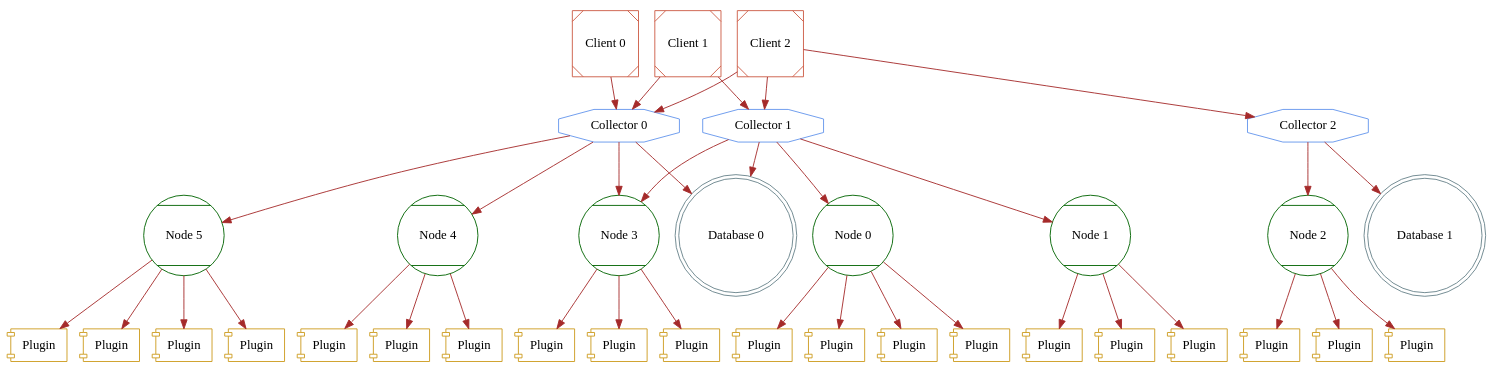
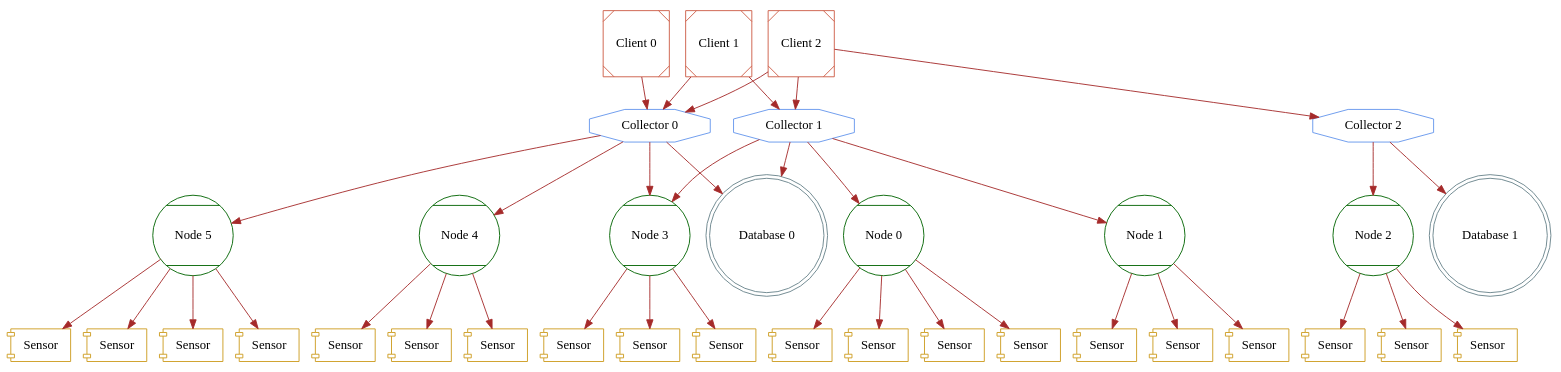
The diagram in trunk/doc/architecture/topology.dot (Sheridan/mon), drawn with Graphviz before and after one commit. The commit also changed 1 other file, not shown here.

```diff
--- a/trunk/doc/architecture/topology.dot
+++ b/trunk/doc/architecture/topology.dot
@@ -1,90 +1,90 @@
 digraph G
 {
     overlap=false;
     splines=true;
     normalize=true;
     node [shape=octagon, color=cornflowerblue];
     mon_collector_0 [label="Collector 0"];
     mon_collector_1 [label="Collector 1"];
     mon_collector_2 [label="Collector 2"];
     
     node [shape=Mcircle, color=darkgreen];
     mon_node_0 [label="Node 0"];
     mon_node_1 [label="Node 1"];
     mon_node_2 [label="Node 2"];
     mon_node_3 [label="Node 3"];
     mon_node_4 [label="Node 4"];
     mon_node_5 [label="Node 5"];
 
     node [shape=Msquare, color=coral3];
     mon_client_0 [label="Client 0"];
     mon_client_1 [label="Client 1"];
     mon_client_2 [label="Client 2"];
     
-    node [shape=component, color=goldenrod3, label="Plugin"];
-    mon_plugin_00;
-    mon_plugin_01;
-    mon_plugin_02;
-    mon_plugin_03;
-    mon_plugin_04;
-    mon_plugin_05;
-    mon_plugin_06;
-    mon_plugin_07;
-    mon_plugin_08;
-    mon_plugin_09;
-    mon_plugin_10;
-    mon_plugin_11;
-    mon_plugin_12;
-    mon_plugin_13;
-    mon_plugin_14;
-    mon_plugin_15;
-    mon_plugin_16;
-    mon_plugin_17;
-    mon_plugin_18;
-    mon_plugin_19;
+    node [shape=component, color=goldenrod3, label="Sensor"];
+    mon_sensor_00;
+    mon_sensor_01;
+    mon_sensor_02;
+    mon_sensor_03;
+    mon_sensor_04;
+    mon_sensor_05;
+    mon_sensor_06;
+    mon_sensor_07;
+    mon_sensor_08;
+    mon_sensor_09;
+    mon_sensor_10;
+    mon_sensor_11;
+    mon_sensor_12;
+    mon_sensor_13;
+    mon_sensor_14;
+    mon_sensor_15;
+    mon_sensor_16;
+    mon_sensor_17;
+    mon_sensor_18;
+    mon_sensor_19;
     
     node [shape=doublecircle, color=lightblue4];
     database_0 [label="Database 0"];
     database_1 [label="Database 1"];
 
     edge [color=brown, style=filled];
     mon_collector_1 -> mon_node_0;
     mon_collector_1 -> mon_node_1;
     mon_collector_1 -> mon_node_3;
     mon_collector_0 -> mon_node_3;
     mon_collector_0 -> mon_node_4;
     mon_collector_0 -> mon_node_5;
     mon_collector_2 -> mon_node_2;
     
     mon_collector_0 -> database_0;
     mon_collector_1 -> database_0;
     mon_collector_2 -> database_1;
 
     mon_client_0 -> mon_collector_0;
     mon_client_1 -> mon_collector_1;
     mon_client_1 -> mon_collector_0;
     mon_client_2 -> mon_collector_2;
     mon_client_2 -> mon_collector_1;
     mon_client_2 -> mon_collector_0;
 
-    mon_node_0 -> mon_plugin_18;
-    mon_node_0 -> mon_plugin_00;
-    mon_node_0 -> mon_plugin_01;
-    mon_node_0 -> mon_plugin_02;
-    mon_node_1 -> mon_plugin_03;
-    mon_node_1 -> mon_plugin_04;
-    mon_node_1 -> mon_plugin_05;
-    mon_node_2 -> mon_plugin_06;
-    mon_node_2 -> mon_plugin_07;
-    mon_node_2 -> mon_plugin_08;
-    mon_node_3 -> mon_plugin_09;
-    mon_node_3 -> mon_plugin_10;
-    mon_node_3 -> mon_plugin_11;
-    mon_node_4 -> mon_plugin_12;
-    mon_node_4 -> mon_plugin_13;
-    mon_node_4 -> mon_plugin_14;
-    mon_node_5 -> mon_plugin_15;
-    mon_node_5 -> mon_plugin_16;
-    mon_node_5 -> mon_plugin_17;
-    mon_node_5 -> mon_plugin_19;
+    mon_node_0 -> mon_sensor_18;
+    mon_node_0 -> mon_sensor_00;
+    mon_node_0 -> mon_sensor_01;
+    mon_node_0 -> mon_sensor_02;
+    mon_node_1 -> mon_sensor_03;
+    mon_node_1 -> mon_sensor_04;
+    mon_node_1 -> mon_sensor_05;
+    mon_node_2 -> mon_sensor_06;
+    mon_node_2 -> mon_sensor_07;
+    mon_node_2 -> mon_sensor_08;
+    mon_node_3 -> mon_sensor_09;
+    mon_node_3 -> mon_sensor_10;
+    mon_node_3 -> mon_sensor_11;
+    mon_node_4 -> mon_sensor_12;
+    mon_node_4 -> mon_sensor_13;
+    mon_node_4 -> mon_sensor_14;
+    mon_node_5 -> mon_sensor_15;
+    mon_node_5 -> mon_sensor_16;
+    mon_node_5 -> mon_sensor_17;
+    mon_node_5 -> mon_sensor_19;
 }
```
